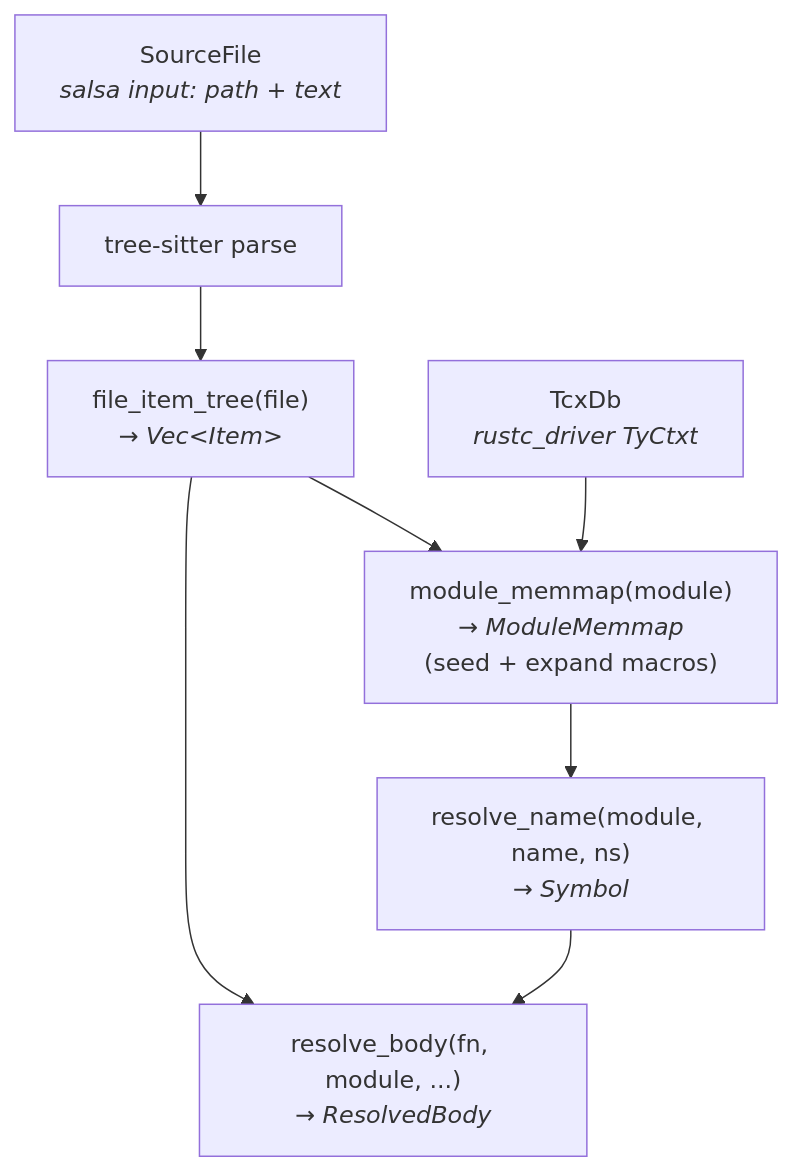
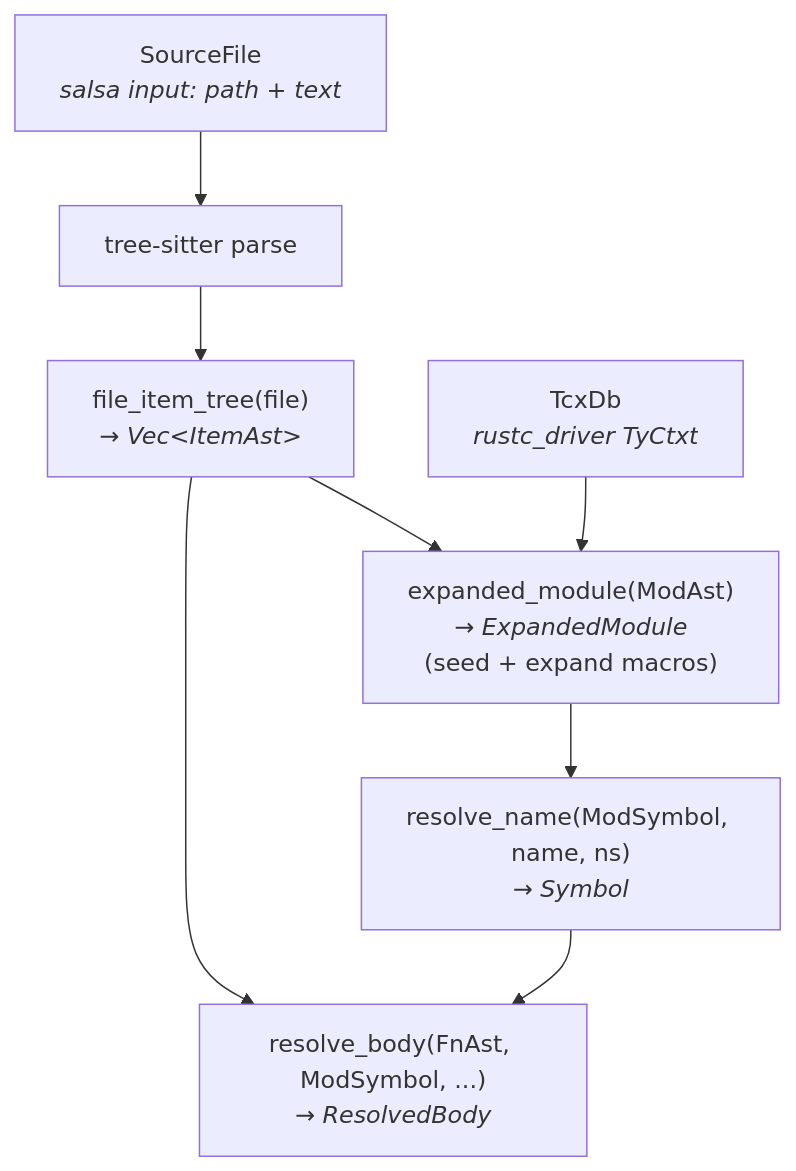
Before and after one commit to nikomatsakis/sage-dev: the diagram in md/design/arch.md, drawn with Mermaid. The commit also changed other lines of this file and 41 other files, not shown here.

````diff
--- a/md/design/arch.md
+++ b/md/design/arch.md
@@ -11,16 +11,16 @@
 ```mermaid
 graph TD
     SF["SourceFile<br><i>salsa input: path + text</i>"]
     TS["tree-sitter parse"]
-    FIT["file_item_tree(file)<br><i>→ Vec&lt;Item&gt;</i>"]
-    MM["module_memmap(module)<br><i>→ ModuleMemmap</i><br>(seed + expand macros)"]
-    RN["resolve_name(module, name, ns)<br><i>→ Symbol</i>"]
-    RB["resolve_body(fn, module, ...)<br><i>→ ResolvedBody</i>"]
+    FIT["file_item_tree(file)<br><i>→ Vec&lt;ItemAst&gt;</i>"]
+    EM["expanded_module(ModAst)<br><i>→ ExpandedModule</i><br>(seed + expand macros)"]
+    RN["resolve_name(ModSymbol, name, ns)<br><i>→ Symbol</i>"]
+    RB["resolve_body(FnAst, ModSymbol, ...)<br><i>→ ResolvedBody</i>"]
     DS["TcxDb<br><i>rustc_driver TyCtxt</i>"]
 
-    SF --> TS --> FIT --> MM
-    DS --> MM
-    MM --> RN
+    SF --> TS --> FIT --> EM
+    DS --> EM
+    EM --> RN
     RN --> RB
     FIT --> RB
 ```
````
